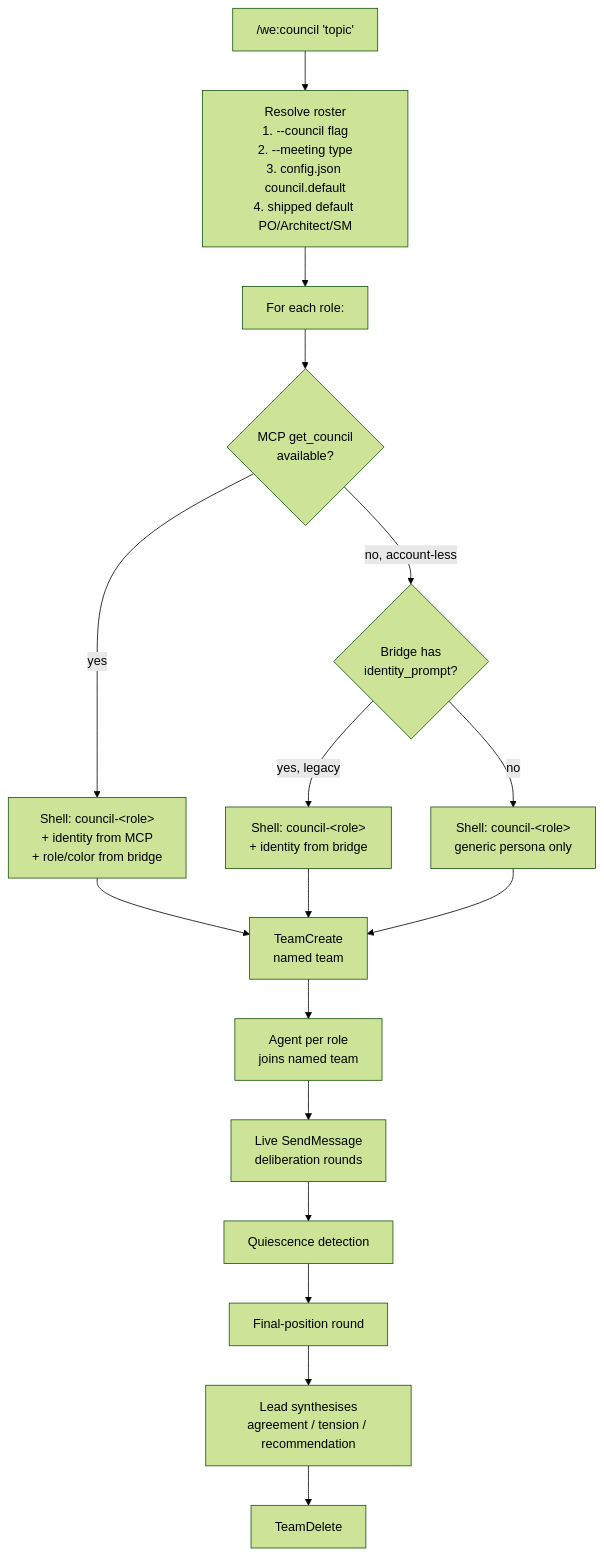
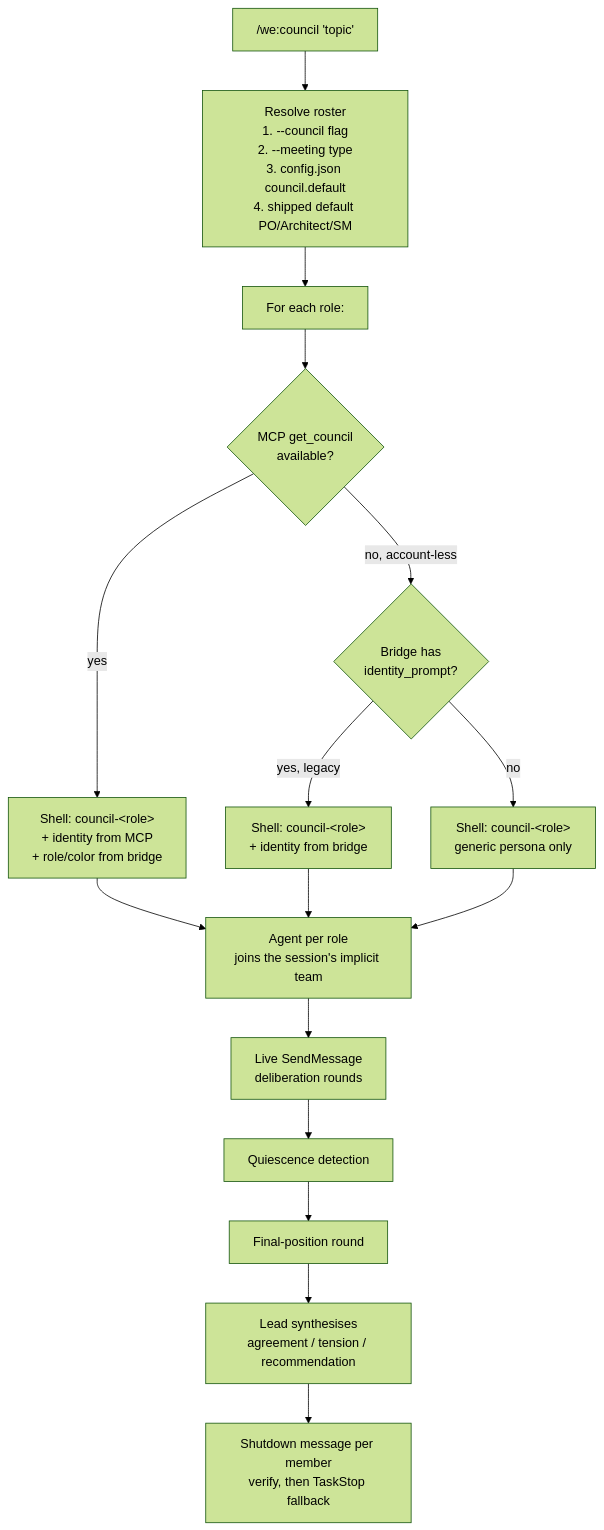
One commit to weside-ai/claude-code-plugin changed the diagram in docs/concepts/companion-framework.md. Above: the diagram before and after it, drawn with Mermaid (forest theme). The commit also changed other lines of this file and 7 other files, not shown here.

````diff
--- a/docs/concepts/companion-framework.md
+++ b/docs/concepts/companion-framework.md
@@ -124,19 +124,18 @@
 ```mermaid
 flowchart TD
     Topic["/we:council 'topic'"] --> Roster[Resolve roster<br/>1. --council flag<br/>2. --meeting type<br/>3. config.json council.default<br/>4. shipped default PO/Architect/SM]
     Roster --> Loop[For each role:]
     Loop --> MCP{MCP get_council<br/>available?}
     MCP -->|yes| Combine[Shell: council-&lt;role&gt;<br/>+ identity from MCP<br/>+ role/color from bridge]
     MCP -->|no, account-less| FatBridge{Bridge has<br/>identity_prompt?}
     FatBridge -->|yes, legacy| BridgeOnly[Shell: council-&lt;role&gt;<br/>+ identity from bridge]
     FatBridge -->|no| Generic[Shell: council-&lt;role&gt;<br/>generic persona only]
-    Combine --> Team[TeamCreate<br/>named team]
-    BridgeOnly --> Team
-    Generic --> Team
-    Team --> Agents[Agent per role<br/>joins named team]
-    Agents --> Live[Live SendMessage<br/>deliberation rounds]
+    Combine --> Spawn[Agent per role<br/>joins the session's implicit team]
+    BridgeOnly --> Spawn
+    Generic --> Spawn
+    Spawn --> Live[Live SendMessage<br/>deliberation rounds]
     Live --> Quiesce[Quiescence detection]
     Quiesce --> Final[Final-position round]
     Final --> Synth[Lead synthesises<br/>agreement / tension / recommendation]
-    Synth --> Cleanup[TeamDelete]
+    Synth --> Cleanup[Shutdown message per member<br/>verify, then TaskStop fallback]
 ```
````
